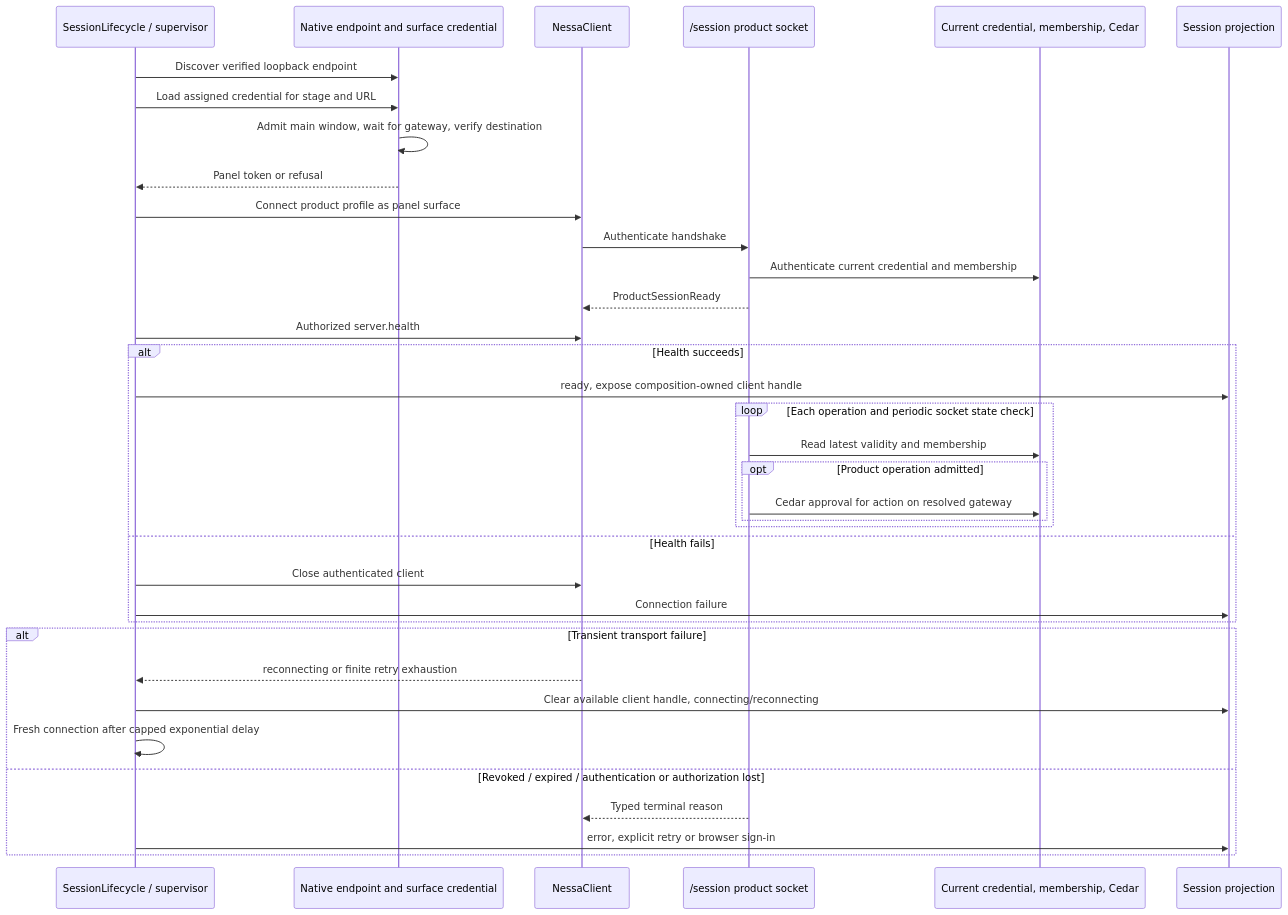
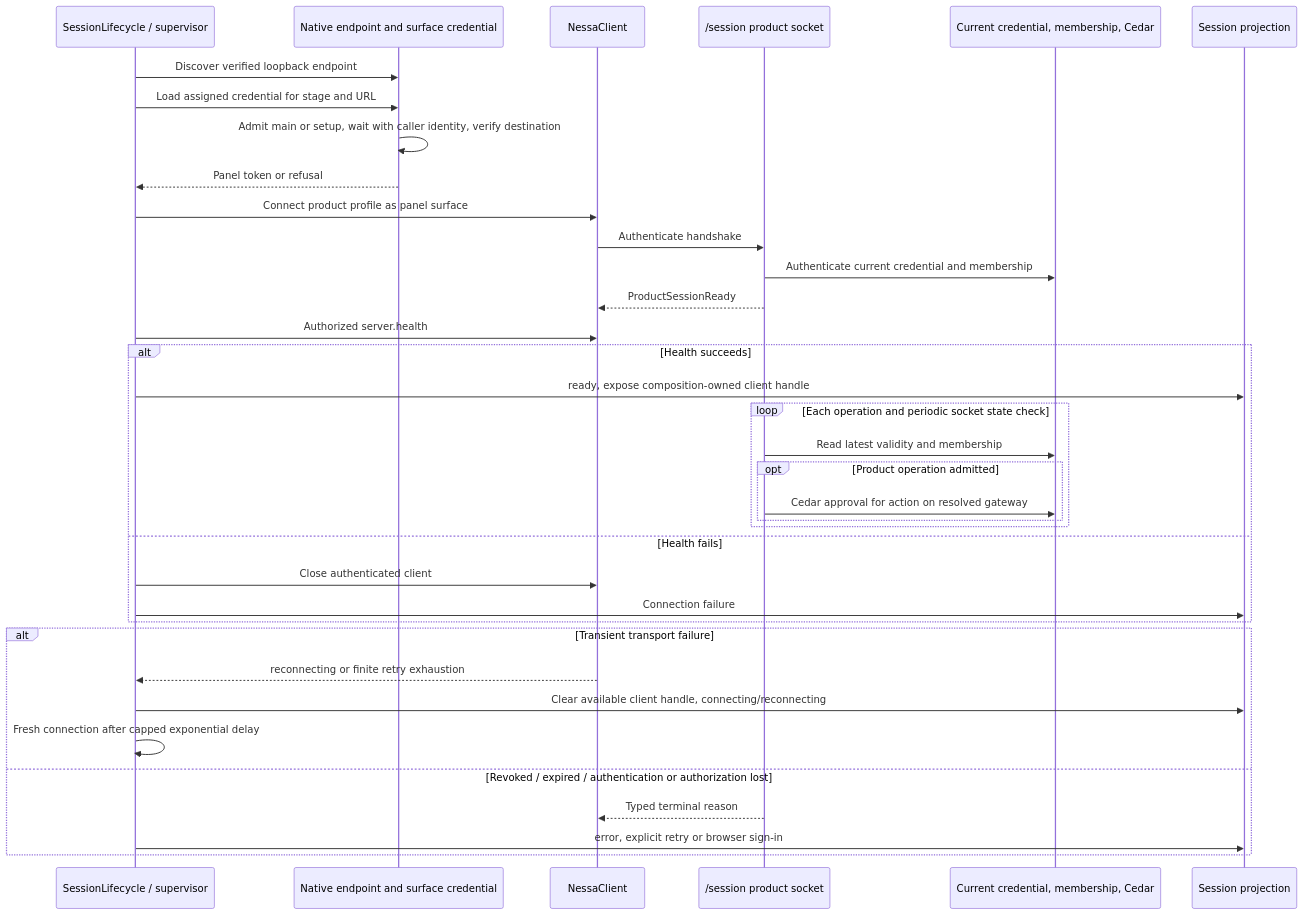
Before and after one commit to nessalabs/nessa-agent: the fifth of 7 diagrams in docs/mapping/features/startup.md, drawn with Mermaid. The commit also changed other lines of this file and 29 other files, not shown here.

````diff
--- a/docs/mapping/features/startup.md
+++ b/docs/mapping/features/startup.md
@@ -406,38 +406,38 @@
 ```mermaid
 sequenceDiagram
     participant Lifecycle as SessionLifecycle / supervisor
     participant Host as Native endpoint and surface credential
     participant Client as NessaClient
     participant Socket as /session product socket
     participant Auth as Current credential, membership, Cedar
     participant UI as Session projection
     Lifecycle->>Host: Discover verified loopback endpoint
     Lifecycle->>Host: Load assigned credential for stage and URL
-    Host->>Host: Admit main window, wait for gateway, verify destination
+    Host->>Host: Admit main or setup, wait with caller identity, verify destination
     Host-->>Lifecycle: Panel token or refusal
     Lifecycle->>Client: Connect product profile as panel surface
     Client->>Socket: Authenticate handshake
     Socket->>Auth: Authenticate current credential and membership
     Socket-->>Client: ProductSessionReady
     Lifecycle->>Client: Authorized server.health
     alt Health succeeds
         Lifecycle->>UI: ready, expose composition-owned client handle
         loop Each operation and periodic socket state check
             Socket->>Auth: Read latest validity and membership
             opt Product operation admitted
                 Socket->>Auth: Cedar approval for action on resolved gateway
             end
         end
     else Health fails
         Lifecycle->>Client: Close authenticated client
         Lifecycle->>UI: Connection failure
     end
     alt Transient transport failure
         Client-->>Lifecycle: reconnecting or finite retry exhaustion
         Lifecycle->>UI: Clear available client handle, connecting/reconnecting
         Lifecycle->>Lifecycle: Fresh connection after capped exponential delay
     else Revoked / expired / authentication or authorization lost
         Socket-->>Client: Typed terminal reason
         Lifecycle->>UI: error, explicit retry or browser sign-in
     end
 ```
````
